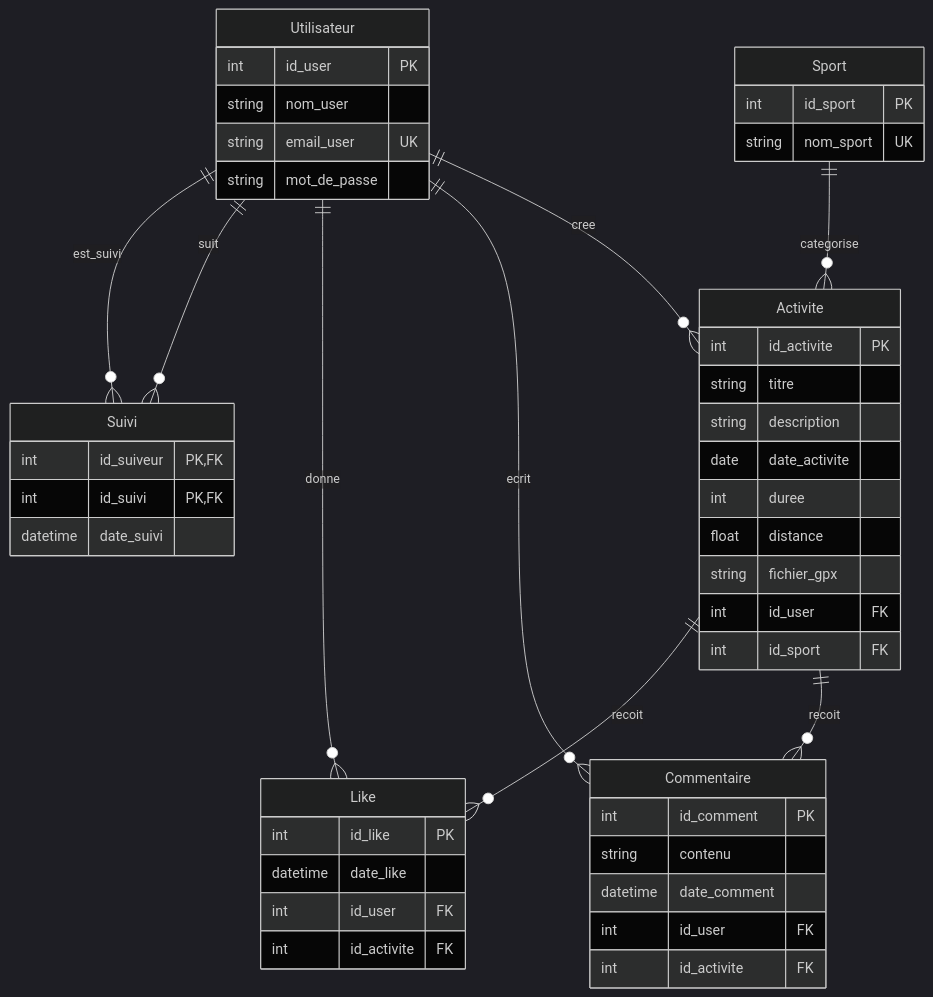
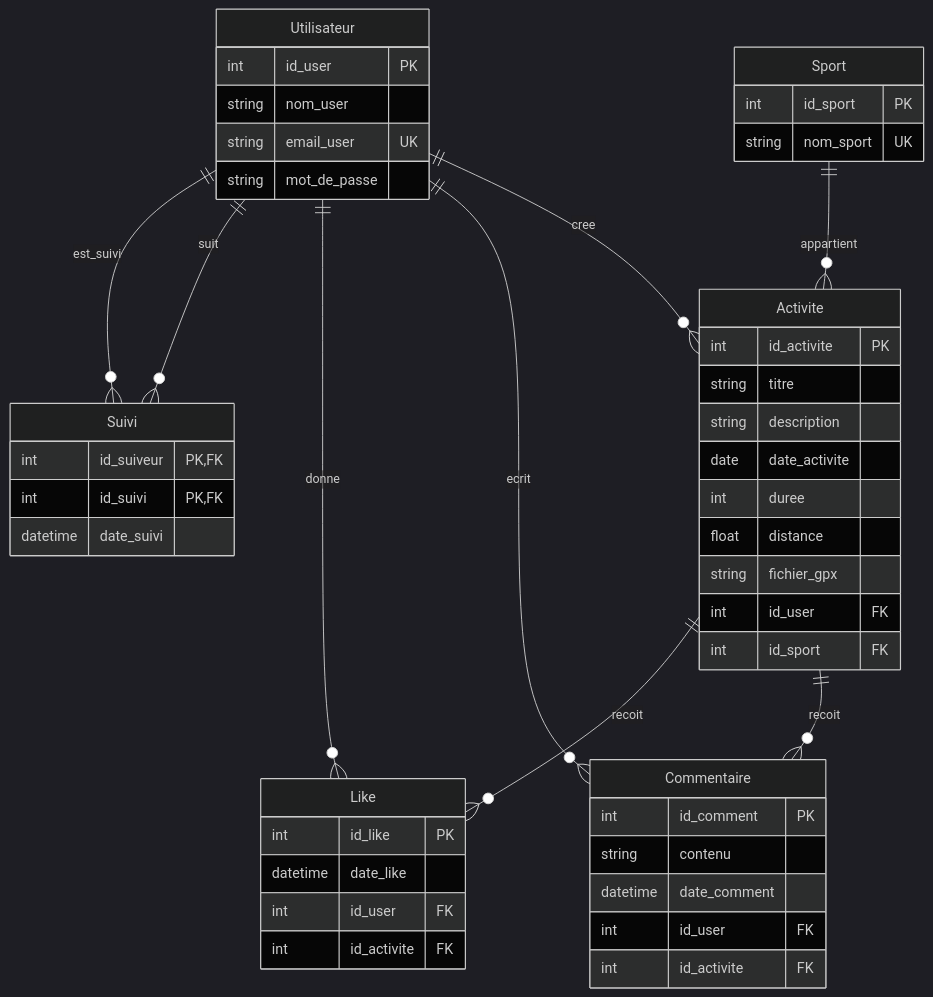
The diagram in doc/modèle_physique_données.md (TeodoraHub/Info-2A-Strava), drawn with Mermaid (dark theme) before and after one commit.

````diff
--- a/doc/modèle_physique_données.md
+++ b/doc/modèle_physique_données.md
@@ -2,62 +2,62 @@
 ```mermaid
 erDiagram
     Utilisateur {
         int id_user PK
         string nom_user
         string email_user UK
         string mot_de_passe
     }
     
     Sport {
         int id_sport PK
         string nom_sport UK
     }
 
     Activite {
         int id_activite PK
         string titre
         string description
         date date_activite
         int duree
         float distance
         string fichier_gpx
         int id_user FK
         int id_sport FK
     }
     
     Commentaire {
         int id_comment PK
         string contenu
         datetime date_comment
         int id_user FK
         int id_activite FK
     }
     
     Like {
         int id_like PK
         datetime date_like
         int id_user FK
         int id_activite FK
     }
     
     Suivi {
         int id_suiveur PK,FK
         int id_suivi PK,FK
         datetime date_suivi
     }
     
    
     %% Relations principales
     Utilisateur ||--o{ Activite : cree
-    Sport ||--o{ Activite : categorise
+    Sport ||--o{ Activite : appartient
     
     %% Relations d'interaction
     Utilisateur ||--o{ Commentaire : ecrit
     Utilisateur ||--o{ Like : donne
     Activite ||--o{ Commentaire : recoit
     Activite ||--o{ Like : recoit
     
     %% Relations de suivi et statistiques
     Utilisateur ||--o{ Suivi : suit
     Utilisateur ||--o{ Suivi : est_suivi
 ```
````
